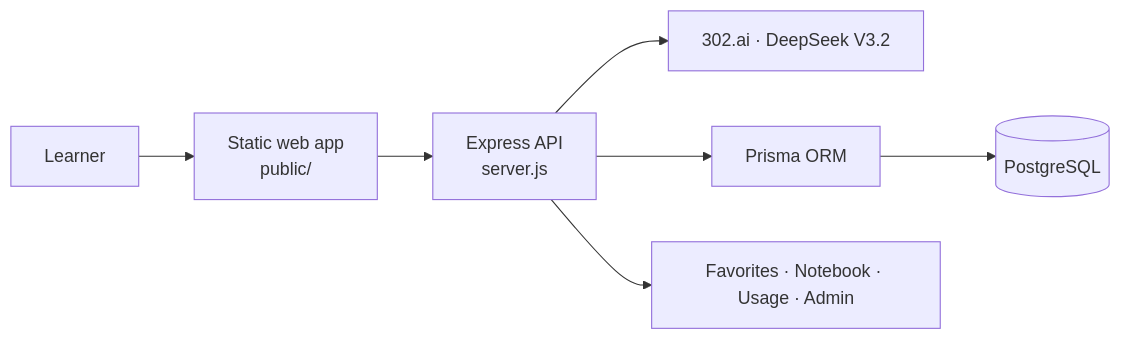
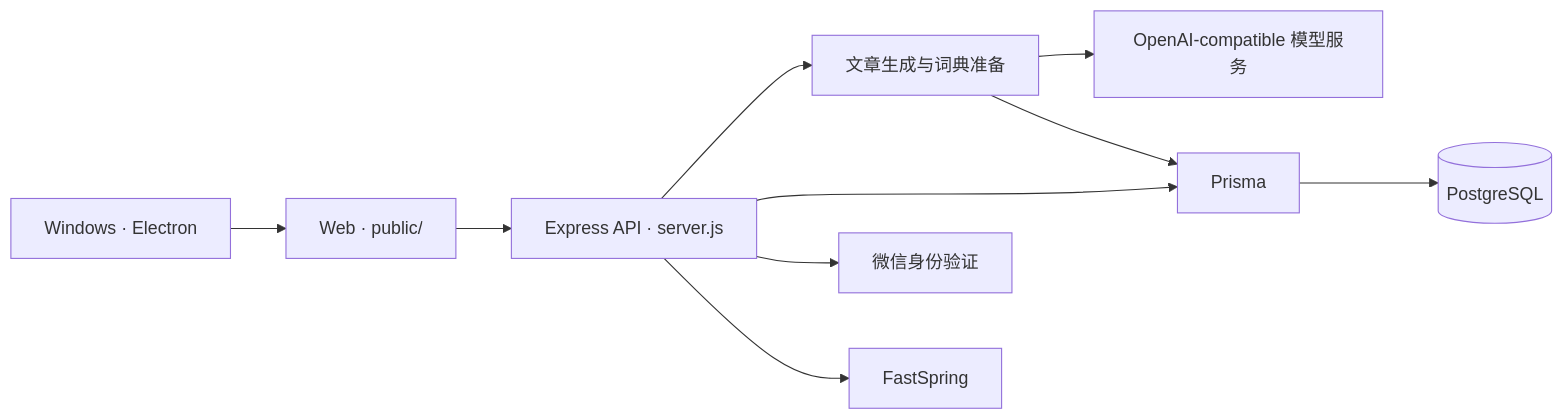
Before and after one commit to YanYihann/Texta: the diagram in README.md, drawn with Mermaid. The commit also changed other lines of this file and 79 other files, not shown here.

````diff
--- a/README.md
+++ b/README.md
@@ -47,9 +101,12 @@
 ```mermaid
 flowchart LR
-  U["Learner"] --> W["Static web app<br/>public/"]
-  W --> A["Express API<br/>server.js"]
-  A --> O["302.ai · DeepSeek V3.2"]
-  A --> P["Prisma ORM"]
-  P --> D[(PostgreSQL)]
-  A --> L["Favorites · Notebook · Usage · Admin"]
+  Web["Web · public/"] --> API["Express API · server.js"]
+  Desktop["Windows · Electron"] --> Web
+  API --> Gen["文章生成与词典准备"]
+  Gen --> Model["OpenAI-compatible 模型服务"]
+  API --> ORM["Prisma"]
+  Gen --> ORM
+  ORM --> DB[(PostgreSQL)]
+  API --> Auth["微信身份验证"]
+  API --> Pay["FastSpring"]
 ```
````
